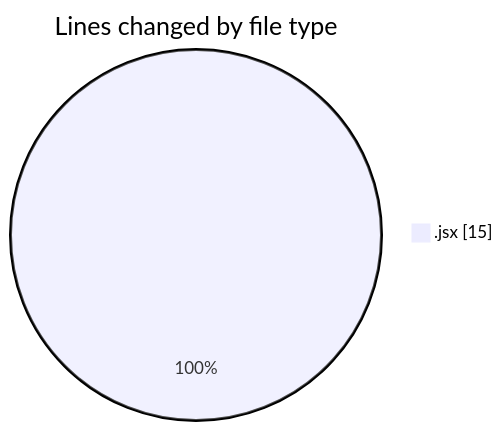
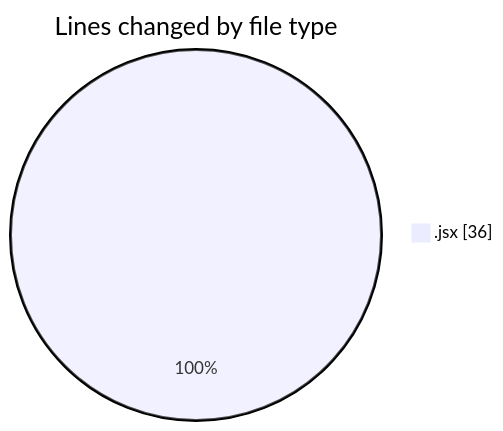
Before and after one commit to momahboobian/code-tracking: the first of 2 diagrams in 2026-02-12/cda/README.md, drawn with Mermaid. The commit also changed other lines of this file and 1 other file, not shown here.

````diff
--- a/2026-02-12/cda/README.md
+++ b/2026-02-12/cda/README.md
@@ -20,5 +20,5 @@
 ```mermaid
 pie showData
 title Lines changed by file type
-".jsx" : 15
+".jsx" : 36
 ```
````
